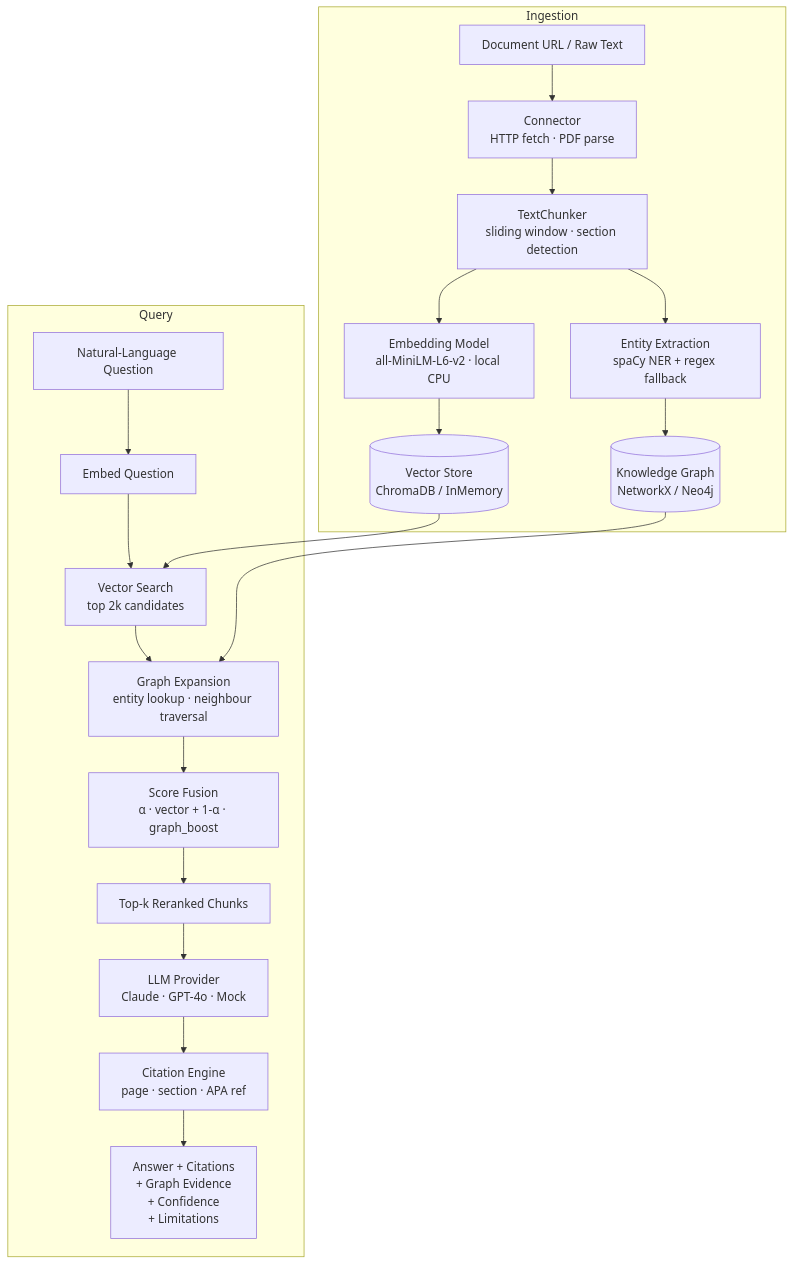
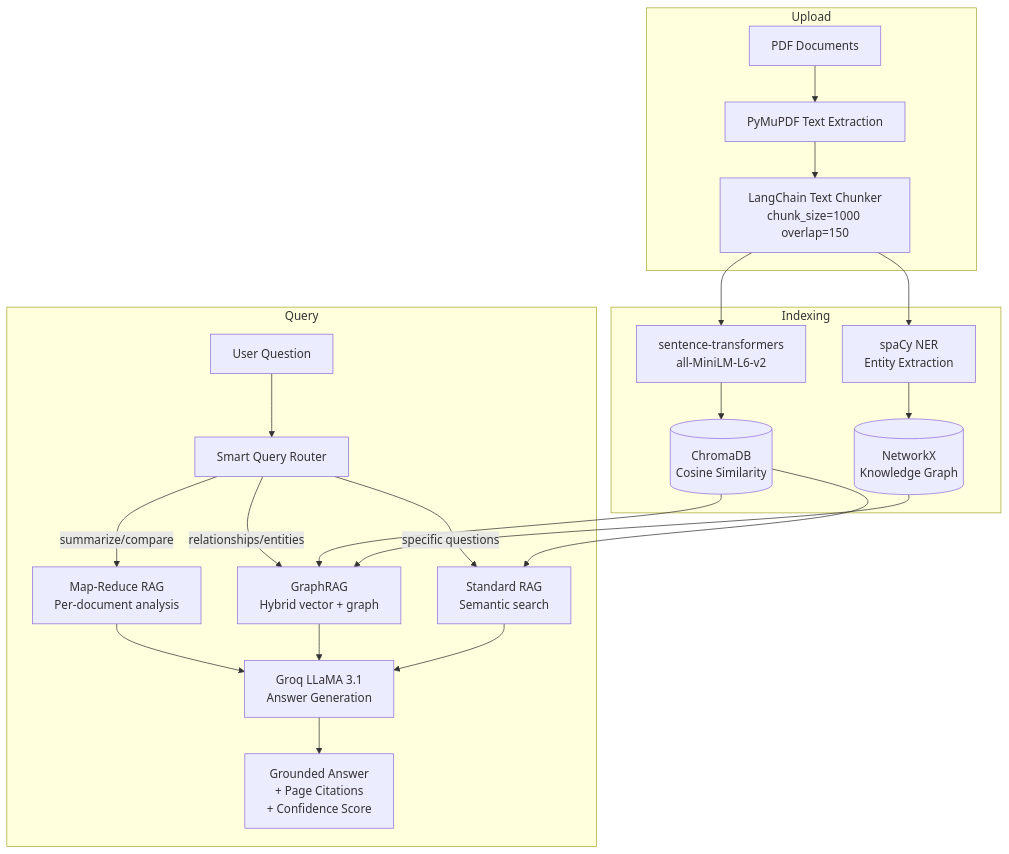
Before and after one commit to nazishatta/PolicyMind-AI-RAG-Powered-Document-Intelligence-Platform: the diagram in README.md, drawn with Mermaid. The commit also changed other lines of this file, not shown here.

Commit message:
Rewrite README to document Streamlit application

````diff
--- a/README.md
+++ b/README.md
@@ -74,25 +86,26 @@
 ```mermaid
 flowchart TD
-    subgraph Ingestion
-        A[Document URL / Raw Text] --> B[Connector\nHTTP fetch · PDF parse]
-        B --> C[TextChunker\nsliding window · section detection]
-        C --> D[Embedding Model\nall-MiniLM-L6-v2 · local CPU]
-        C --> E[Entity Extraction\nspaCy NER + regex fallback]
-        D --> F[(Vector Store\nChromaDB / InMemory)]
-        E --> G[(Knowledge Graph\nNetworkX / Neo4j)]
+    subgraph Upload
+        A[PDF Documents] --> B[PyMuPDF Text Extraction]
+        B --> C[LangChain Text Chunker\nchunk_size=1000 overlap=150]
     end
-
+    subgraph Indexing
+        C --> D[sentence-transformers\nall-MiniLM-L6-v2]
+        C --> E[spaCy NER\nEntity Extraction]
+        D --> F[(ChromaDB\nCosine Similarity)]
+        E --> G[(NetworkX\nKnowledge Graph)]
+    end
     subgraph Query
-        H[Natural-Language Question] --> I[Embed Question]
-        I --> J[Vector Search\ntop 2k candidates]
-        J --> K[Graph Expansion\nentity lookup · neighbour traversal]
-        K --> L[Score Fusion\nα · vector + 1-α · graph_boost]
-        L --> M[Top-k Reranked Chunks]
-        M --> N[LLM Provider\nClaude · GPT-4o · Mock]
-        N --> O[Citation Engine\npage · section · APA ref]
-        O --> P[Answer + Citations\n+ Graph Evidence\n+ Confidence\n+ Limitations]
+        H[User Question] --> I[Smart Query Router]
+        I -->|summarize/compare| J[Map-Reduce RAG\nPer-document analysis]
+        I -->|relationships/entities| K[GraphRAG\nHybrid vector + graph]
+        I -->|specific questions| L[Standard RAG\nSemantic search]
+        J --> M[Groq LLaMA 3.1\nAnswer Generation]
+        K --> M
+        L --> M
+        M --> N[Grounded Answer\n+ Page Citations\n+ Confidence Score]
     end
-
-    F --> J
+    F --> K
+    F --> L
     G --> K
 ```
````
